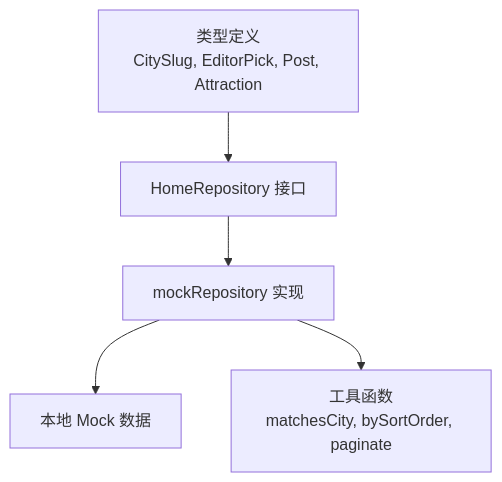
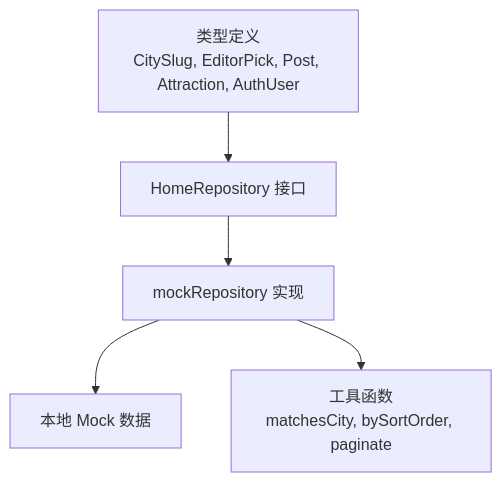
The seventh of 11 diagrams in .qoder/repowiki/zh/content/前端开发/前端开发.md (luyitiger6/my-first-project), drawn with Mermaid before and after one commit. The commit also changed other lines of this file and 35 other files, not shown here.

````diff
--- a/.qoder/repowiki/zh/content/前端开发/前端开发.md
+++ b/.qoder/repowiki/zh/content/前端开发/前端开发.md
@@ -234,7 +334,7 @@
 ```mermaid
 flowchart TD
-Types["类型定义<br/>CitySlug, EditorPick, Post, Attraction"] --> Repository["HomeRepository 接口"]
+Types["类型定义<br/>CitySlug, EditorPick, Post, Attraction, AuthUser"] --> Repository["HomeRepository 接口"]
 Repository --> MockRepository["mockRepository 实现"]
 MockRepository --> MockData["本地 Mock 数据"]
 MockRepository --> Utils["工具函数<br/>matchesCity, bySortOrder, paginate"]
 ```
````
